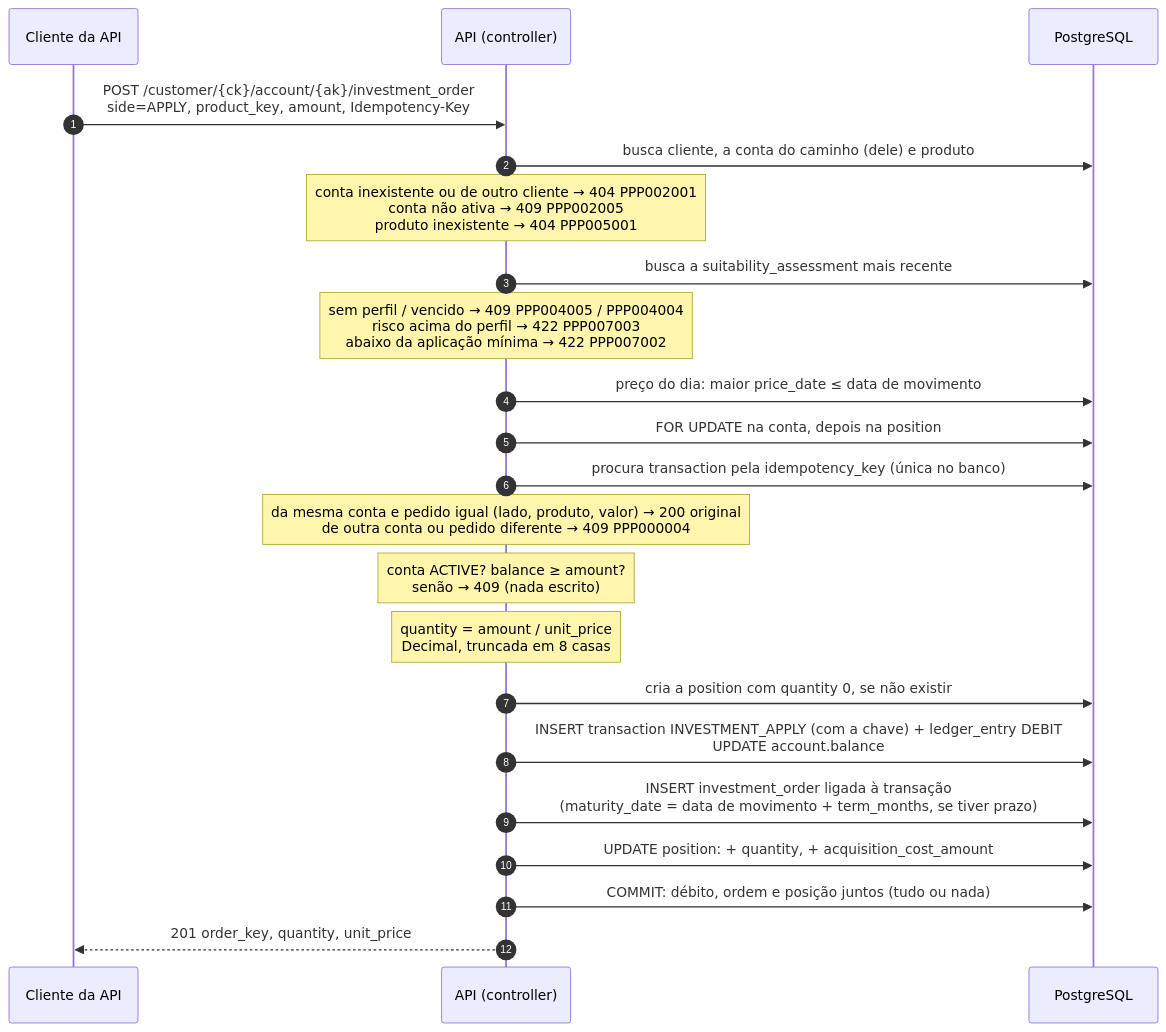
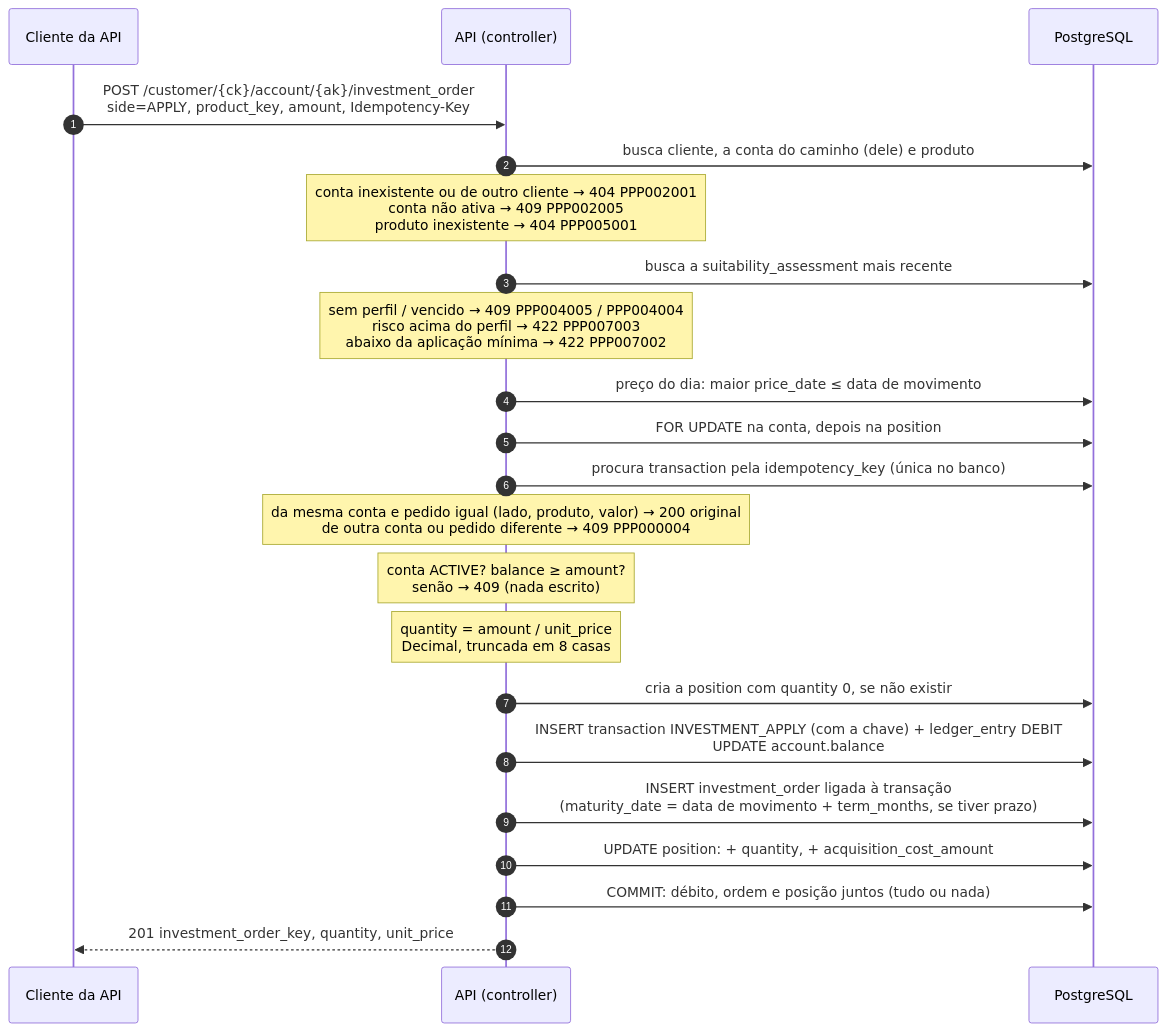
Before and after one commit to heluylucas/bootcamp-qi-tech-presidas-: the diagram in docs/diagramas/aplicacao.mmd, drawn with Mermaid. The commit also changed 17 other files, not shown here.

```diff
--- a/docs/diagramas/aplicacao.mmd
+++ b/docs/diagramas/aplicacao.mmd
@@ -1,23 +1,27 @@
+---
+config:
+  look: classic
+---
 sequenceDiagram
     autonumber
     participant C as Cliente da API
     participant API as API (controller)
     participant DB as PostgreSQL
 
     C->>API: POST /customer/{ck}/account/{ak}/investment_order<br/>side=APPLY, product_key, amount, Idempotency-Key
     API->>DB: busca cliente, a conta do caminho (dele) e produto
     Note over API: conta inexistente ou de outro cliente → 404 PPP002001<br/>conta não ativa → 409 PPP002005<br/>produto inexistente → 404 PPP005001
     API->>DB: busca a suitability_assessment mais recente
     Note over API: sem perfil / vencido → 409 PPP004005 / PPP004004<br/>risco acima do perfil → 422 PPP007003<br/>abaixo da aplicação mínima → 422 PPP007002
     API->>DB: preço do dia: maior price_date ≤ data de movimento
     API->>DB: FOR UPDATE na conta, depois na position
     API->>DB: procura transaction pela idempotency_key (única no banco)
     Note over API: da mesma conta e pedido igual (lado, produto, valor) → 200 original<br/>de outra conta ou pedido diferente → 409 PPP000004
     Note over API: conta ACTIVE? balance ≥ amount?<br/>senão → 409 (nada escrito)
     Note over API: quantity = amount / unit_price<br/>Decimal, truncada em 8 casas
     API->>DB: cria a position com quantity 0, se não existir
     API->>DB: INSERT transaction INVESTMENT_APPLY (com a chave) + ledger_entry DEBIT<br/>UPDATE account.balance
     API->>DB: INSERT investment_order ligada à transação<br/>(maturity_date = data de movimento + term_months, se tiver prazo)
     API->>DB: UPDATE position: + quantity, + acquisition_cost_amount
     API->>DB: COMMIT: débito, ordem e posição juntos (tudo ou nada)
-    API-->>C: 201 order_key, quantity, unit_price
+    API-->>C: 201 investment_order_key, quantity, unit_price
```
